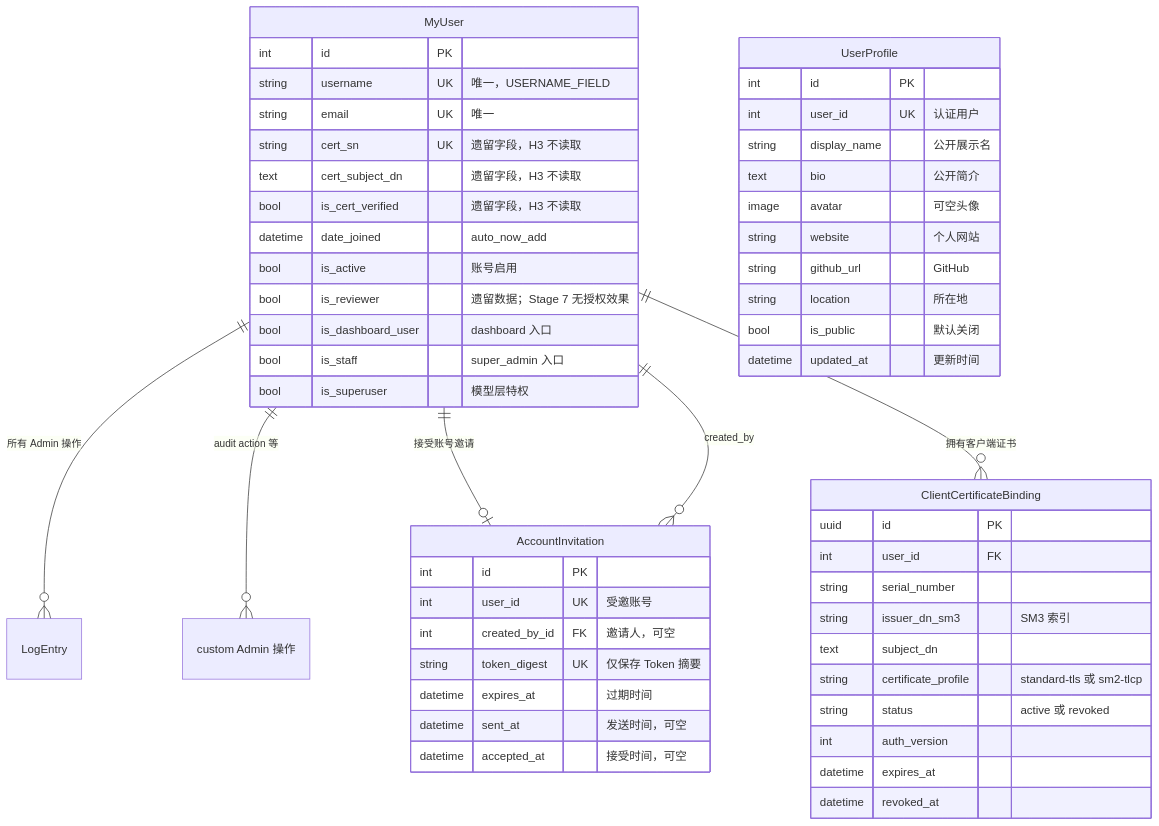
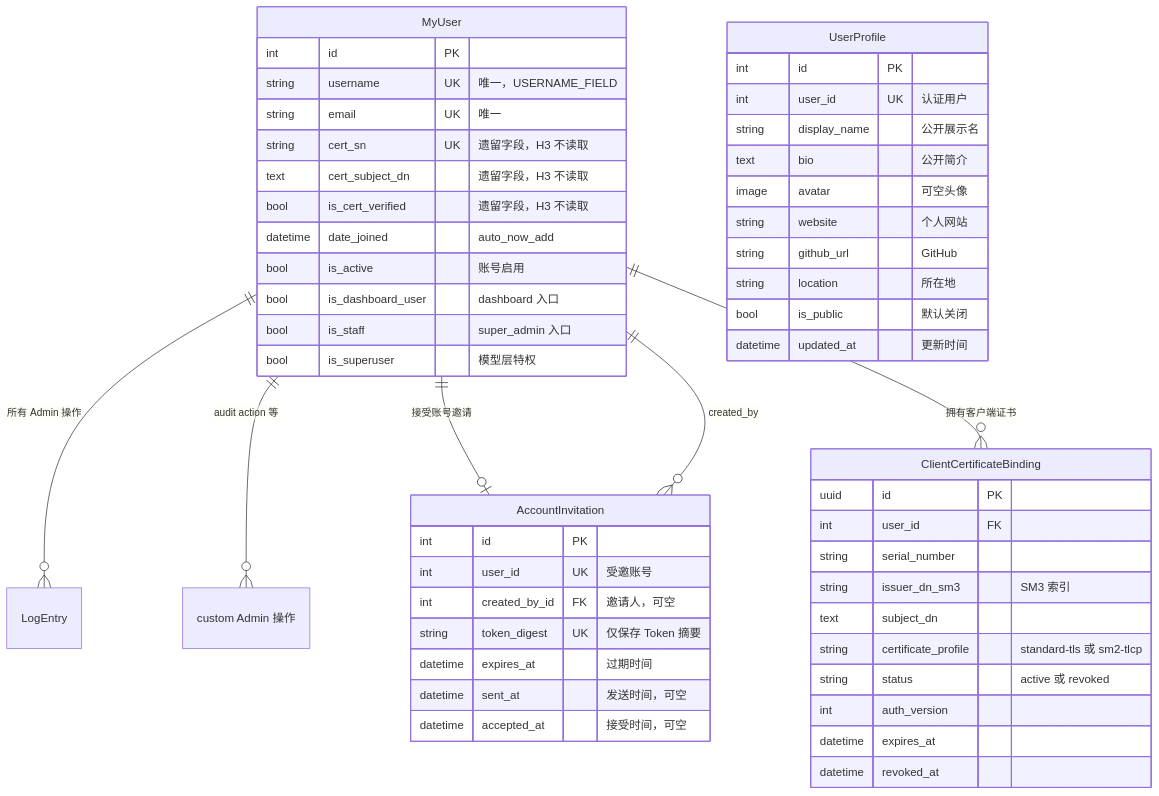
One commit to se-veN714/PowerAdapterBlogs changed the sixth of 6 diagrams in accounts/DEVELOPMENT.md. Above: the diagram before and after it, drawn with Mermaid. The commit also changed other lines of this file and 76 other files, not shown here.

````diff
--- a/accounts/DEVELOPMENT.md
+++ b/accounts/DEVELOPMENT.md
@@ -570,59 +583,58 @@
 ```mermaid
 erDiagram
     MyUser ||--o{ LogEntry : "所有 Admin 操作"
     MyUser ||--o{ "custom Admin 操作" : "audit action 等"
     MyUser ||--o| AccountInvitation : "接受账号邀请"
     MyUser ||--o{ AccountInvitation : "created_by"
     MyUser ||--o{ ClientCertificateBinding : "拥有客户端证书"
 
     MyUser {
         int id PK
         string username UK "唯一，USERNAME_FIELD"
         string email UK "唯一"
         string cert_sn UK "遗留字段，H3 不读取"
         text cert_subject_dn "遗留字段，H3 不读取"
         bool is_cert_verified "遗留字段，H3 不读取"
         datetime date_joined "auto_now_add"
         bool is_active "账号启用"
-        bool is_reviewer "遗留数据；Stage 7 无授权效果"
         bool is_dashboard_user "dashboard 入口"
         bool is_staff "super_admin 入口"
         bool is_superuser "模型层特权"
     }
 
     AccountInvitation {
         int id PK
         int user_id UK "受邀账号"
         int created_by_id FK "邀请人，可空"
         string token_digest UK "仅保存 Token 摘要"
         datetime expires_at "过期时间"
         datetime sent_at "发送时间，可空"
         datetime accepted_at "接受时间，可空"
     }
 
     ClientCertificateBinding {
         uuid id PK
         int user_id FK
         string serial_number
         string issuer_dn_sm3 "SM3 索引"
         text subject_dn
         string certificate_profile "standard-tls 或 sm2-tlcp"
         string status "active 或 revoked"
         int auth_version
         datetime expires_at
         datetime revoked_at
     }
 
     UserProfile {
         int id PK
         int user_id UK "认证用户"
         string display_name "公开展示名"
         text bio "公开简介"
         image avatar "可空头像"
         string website "个人网站"
         string github_url "GitHub"
         string location "所在地"
         bool is_public "默认关闭"
         datetime updated_at "更新时间"
     }
 ```
````
